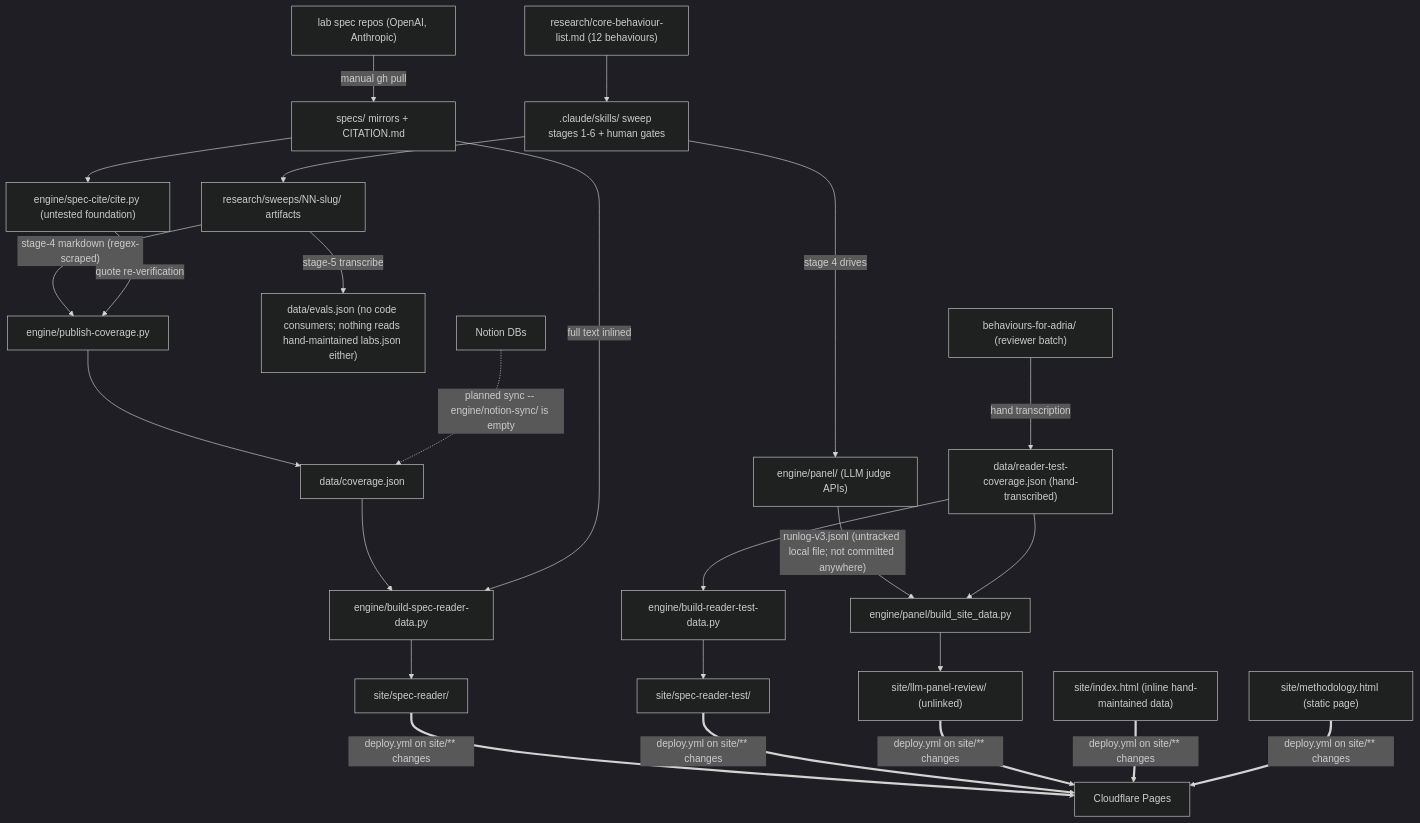
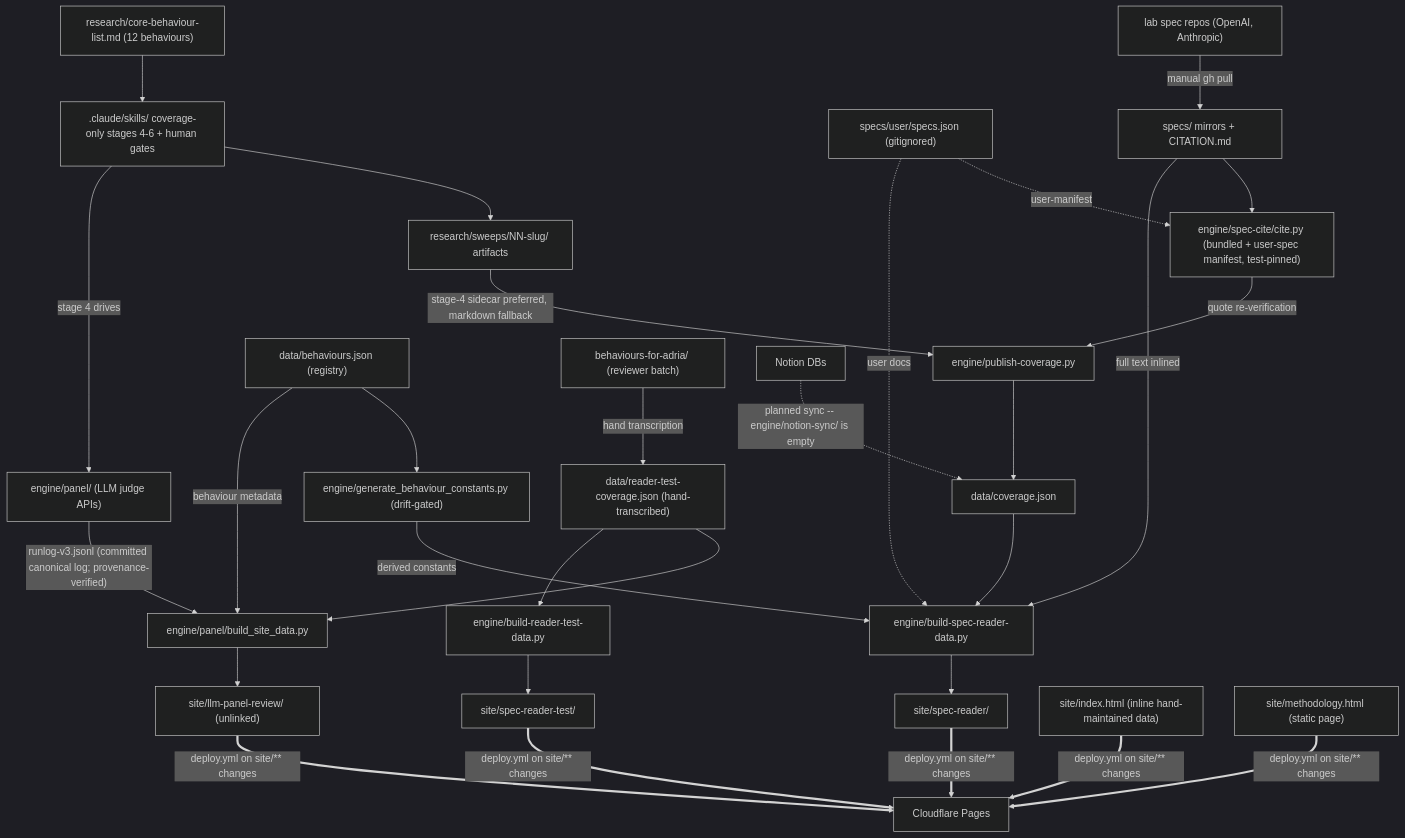
The diagram in SYSTEM.md (AndresCotton/ai-character-index), drawn with Mermaid (dark theme) before and after one commit. The commit also changed other lines of this file and 6 other files, not shown here.

````diff
--- a/SYSTEM.md
+++ b/SYSTEM.md
@@ -13,25 +13,29 @@
 ```mermaid
 graph TB
   upstream["lab spec repos (OpenAI, Anthropic)"] -->|"manual gh pull"| specs["specs/ mirrors + CITATION.md"]
-  specs --> cite["engine/spec-cite/cite.py (untested foundation)"]
-  core["research/core-behaviour-list.md (12 behaviours)"] --> skills[".claude/skills/ sweep stages 1-6 + human gates"]
+  specs --> cite["engine/spec-cite/cite.py (bundled + user-spec manifest, test-pinned)"]
+  um["specs/user/specs.json (gitignored)"] -.->|user-manifest| cite
+  core["research/core-behaviour-list.md (12 behaviours)"] --> skills[".claude/skills/ coverage-only stages 4-6 + human gates"]
   skills --> sweeps["research/sweeps/NN-slug/ artifacts"]
   skills -->|"stage 4 drives"| panel["engine/panel/ (LLM judge APIs)"]
-  sweeps -->|"stage-4 markdown (regex-scraped)"| pub["engine/publish-coverage.py"]
+  sweeps -->|"stage-4 sidecar preferred, markdown fallback"| pub["engine/publish-coverage.py"]
   cite -->|"quote re-verification"| pub
   pub --> cov["data/coverage.json"]
-  sweeps -->|"stage-5 transcribe"| unused["data/evals.json (no code consumers; nothing reads hand-maintained labs.json either)"]
-  panel -->|"runlog-v3.jsonl (untracked local file; not committed anywhere)"| bsd["engine/panel/build_site_data.py"]
+  panel -->|"runlog-v3.jsonl (committed canonical log; provenance-verified)"| bsd["engine/panel/build_site_data.py"]
+  reg["data/behaviours.json (registry)"] --> gbc["engine/generate_behaviour_constants.py (drift-gated)"]
+  reg -->|behaviour metadata| bsd
+  gbc -->|derived constants| bsr
   rtc["data/reader-test-coverage.json (hand-transcribed)"] --> bsd
   rtc --> brt["engine/build-reader-test-data.py"]
   cov --> bsr["engine/build-spec-reader-data.py"]
+  um -.->|user docs| bsr
   specs -->|"full text inlined"| bsr
   bsr --> reader["site/spec-reader/"]
   brt --> bench["site/spec-reader-test/"]
   bsd --> panelview["site/llm-panel-review/ (unlinked)"]
   adria["behaviours-for-adria/ (reviewer batch)"] -->|"hand transcription"| rtc
   proto["site/index.html (inline hand-maintained data)"]
   meth["site/methodology.html (static page)"]
   reader & bench & panelview & proto & meth ==>|"deploy.yml on site/** changes"| cf["Cloudflare Pages"]
   notion["Notion DBs"] -.->|"planned sync -- engine/notion-sync/ is empty"| cov
 ```
````
